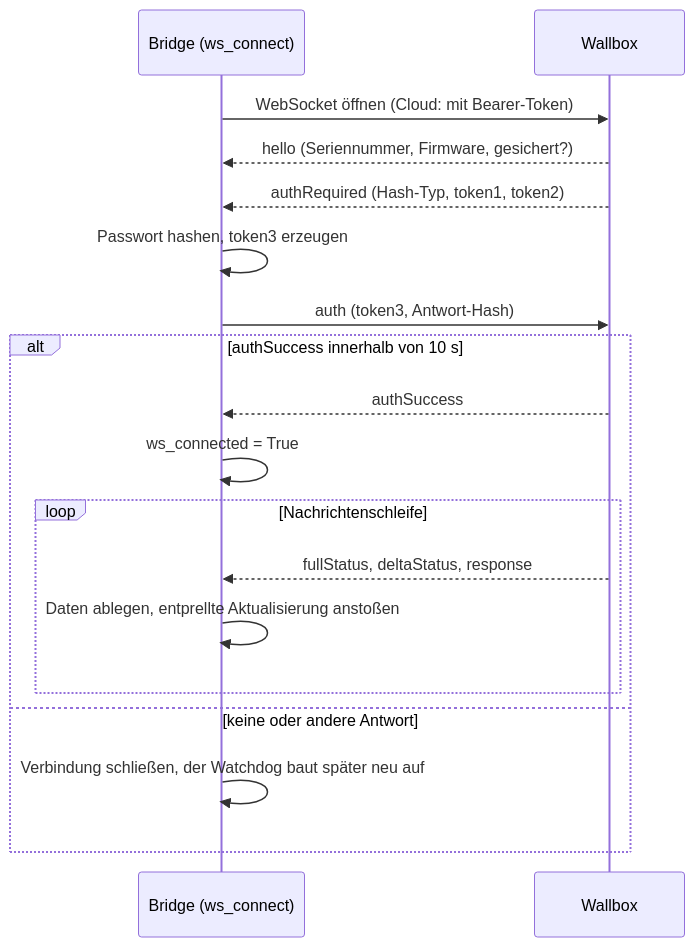
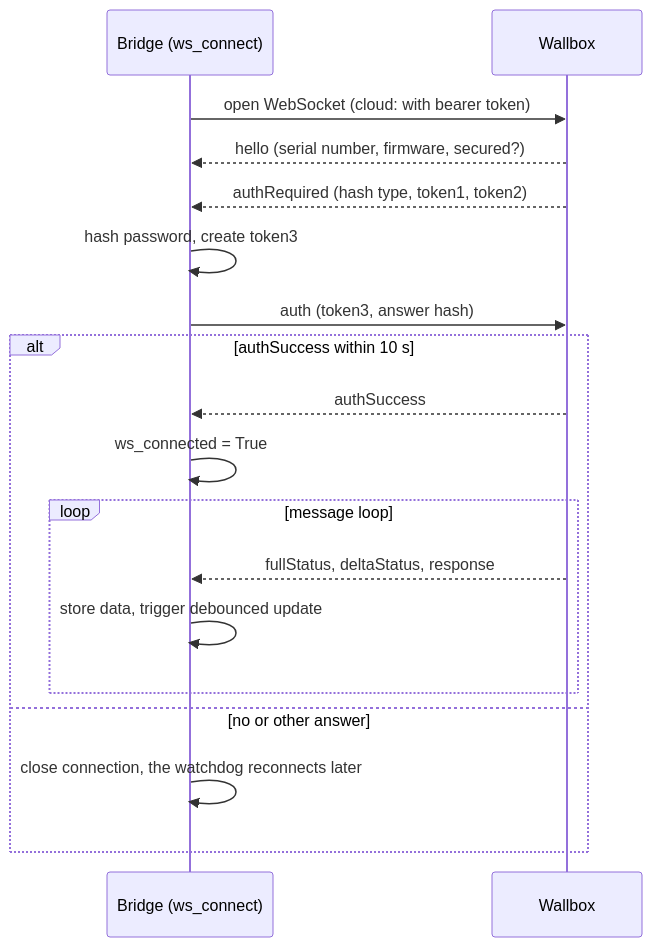
One commit to OliEder/ha-goecharger-api2 changed the fourth of 12 diagrams in docs/architecture/arc42-ha-goecharger-api2.md. Above: the diagram before and after it, drawn with Mermaid. The commit also changed other lines of this file and 89 other files, not shown here.

````diff
--- a/docs/architecture/arc42-ha-goecharger-api2.md
+++ b/docs/architecture/arc42-ha-goecharger-api2.md
@@ -268,20 +268,20 @@
 ```mermaid
 sequenceDiagram
     participant B as Bridge (ws_connect)
     participant W as Wallbox
-    B->>W: WebSocket öffnen (Cloud: mit Bearer-Token)
-    W-->>B: hello (Seriennummer, Firmware, gesichert?)
-    W-->>B: authRequired (Hash-Typ, token1, token2)
-    B->>B: Passwort hashen, token3 erzeugen
-    B->>W: auth (token3, Antwort-Hash)
-    alt authSuccess innerhalb von 10 s
+    B->>W: open WebSocket (cloud: with bearer token)
+    W-->>B: hello (serial number, firmware, secured?)
+    W-->>B: authRequired (hash type, token1, token2)
+    B->>B: hash password, create token3
+    B->>W: auth (token3, answer hash)
+    alt authSuccess within 10 s
         W-->>B: authSuccess
         B->>B: ws_connected = True
-        loop Nachrichtenschleife
+        loop message loop
             W-->>B: fullStatus, deltaStatus, response
-            B->>B: Daten ablegen, entprellte Aktualisierung anstoßen
+            B->>B: store data, trigger debounced update
         end
-    else keine oder andere Antwort
-        B->>B: Verbindung schließen, der Watchdog baut später neu auf
+    else no or other answer
+        B->>B: close connection, the watchdog reconnects later
     end
 ```
````
